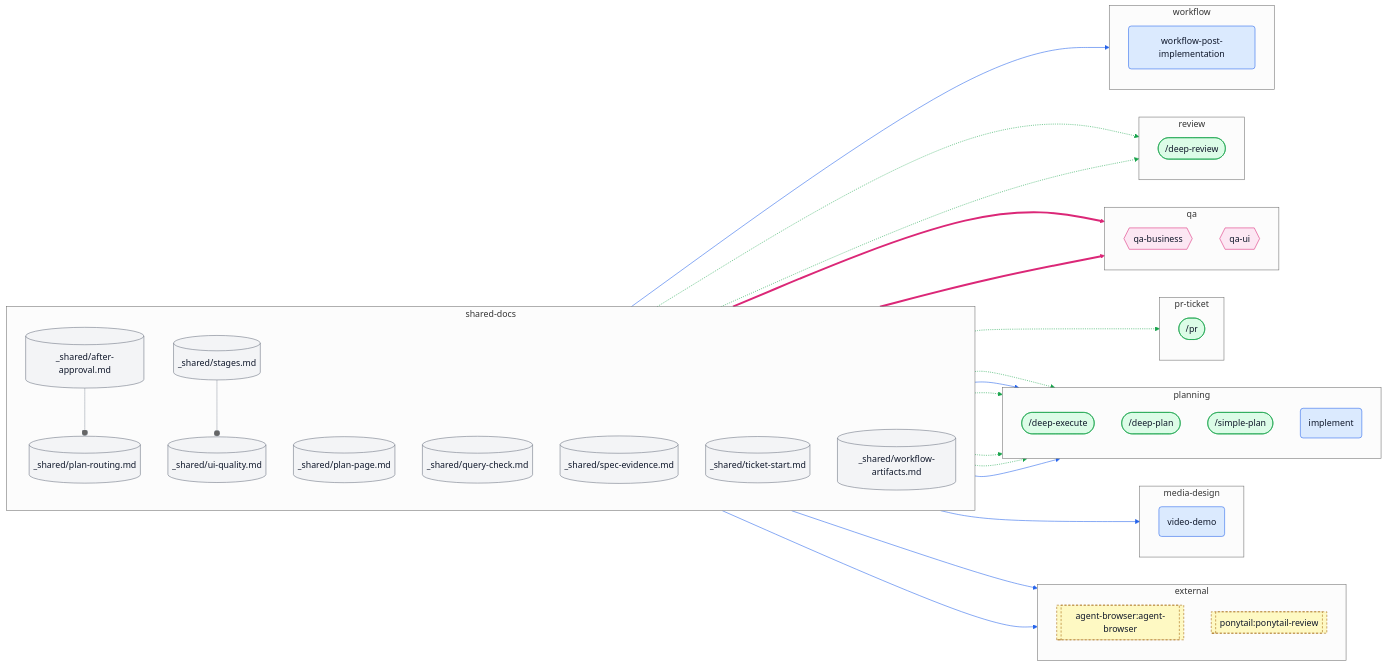
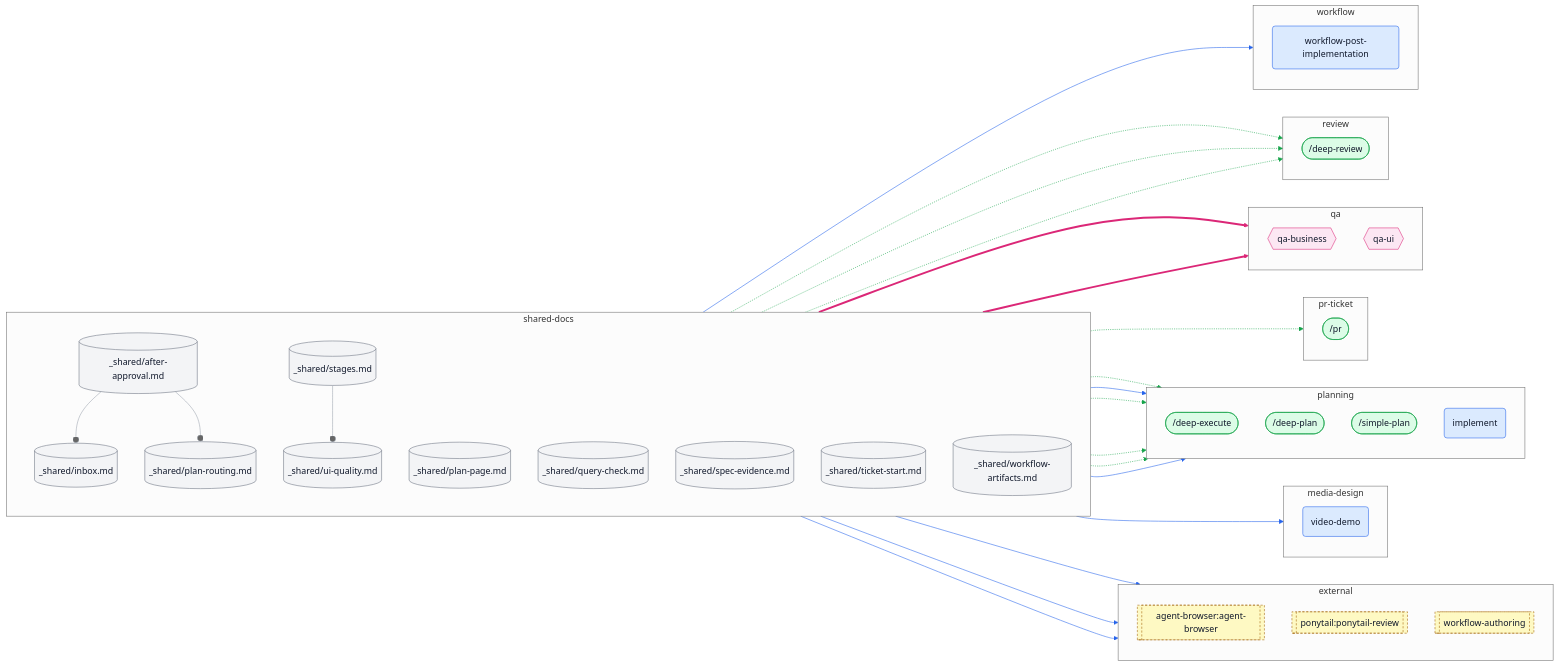
One commit to ybarsotti/dotfiles changed the eighth of 10 diagrams in docs/skills-map.md. Above: the diagram before and after it, drawn with Mermaid (neutral theme). The commit also changed other lines of this file and 5 other files, not shown here.

Commit message:
feat(plan): offer an ultracode workflow for plans with independent, file-disjoint units

```diff
--- a/docs/skills-map.md
+++ b/docs/skills-map.md
@@ -627,6 +633,7 @@
     direction TB
     x_agent_browser_agent_browser[["agent-browser:agent-browser"]]:::external
     x_ponytail_ponytail_review[["ponytail:ponytail-review"]]:::external
+    x_workflow_authoring[["workflow-authoring"]]:::external
   end
   subgraph cl_media_design["media-design"]
     direction TB
@@ -655,6 +662,7 @@
   subgraph cl_shared_docs["shared-docs"]
     direction TB
     d_after_approval[("_shared/after-approval.md")]:::shared
+    d_inbox[("_shared/inbox.md")]:::shared
     d_plan_page[("_shared/plan-page.md")]:::shared
     d_plan_routing[("_shared/plan-routing.md")]:::shared
     d_query_check[("_shared/query-check.md")]:::shared
@@ -673,14 +681,17 @@
   d_after_approval -.-> c_deep_execute
   d_after_approval -.-> c_deep_review
   d_after_approval -.-> c_pr
+  d_after_approval --o d_inbox
   d_after_approval --o d_plan_routing
   d_after_approval --> s_implement
   d_after_approval --> s_video_demo
   d_after_approval --> s_workflow_post_implementation
   d_plan_routing -.-> c_deep_execute
   d_plan_routing -.-> c_deep_plan
+  d_plan_routing -.-> c_deep_review
   d_plan_routing -.-> c_simple_plan
   d_plan_routing --> s_implement
+  d_plan_routing --> x_workflow_authoring
   d_stages -.-> c_deep_review
   d_stages --o d_ui_quality
   d_ui_quality --> x_agent_browser_agent_browser
@@ -691,17 +702,20 @@
   linkStyle 3 stroke:#16a34a
   linkStyle 4 stroke:#16a34a
   linkStyle 5 stroke:#9ca3af
-  linkStyle 6 stroke:#2563eb
+  linkStyle 6 stroke:#9ca3af
   linkStyle 7 stroke:#2563eb
   linkStyle 8 stroke:#2563eb
-  linkStyle 9 stroke:#16a34a
+  linkStyle 9 stroke:#2563eb
   linkStyle 10 stroke:#16a34a
   linkStyle 11 stroke:#16a34a
-  linkStyle 12 stroke:#2563eb
+  linkStyle 12 stroke:#16a34a
   linkStyle 13 stroke:#16a34a
-  linkStyle 14 stroke:#9ca3af
+  linkStyle 14 stroke:#2563eb
   linkStyle 15 stroke:#2563eb
-  linkStyle 16 stroke:#2563eb
+  linkStyle 16 stroke:#16a34a
+  linkStyle 17 stroke:#9ca3af
+  linkStyle 18 stroke:#2563eb
+  linkStyle 19 stroke:#2563eb
   classDef skill fill:#dbeafe,stroke:#2563eb,color:#0f172a
   classDef command fill:#dcfce7,stroke:#16a34a,color:#0f172a
   classDef agent fill:#fce7f3,stroke:#db2777,color:#0f172a
```
